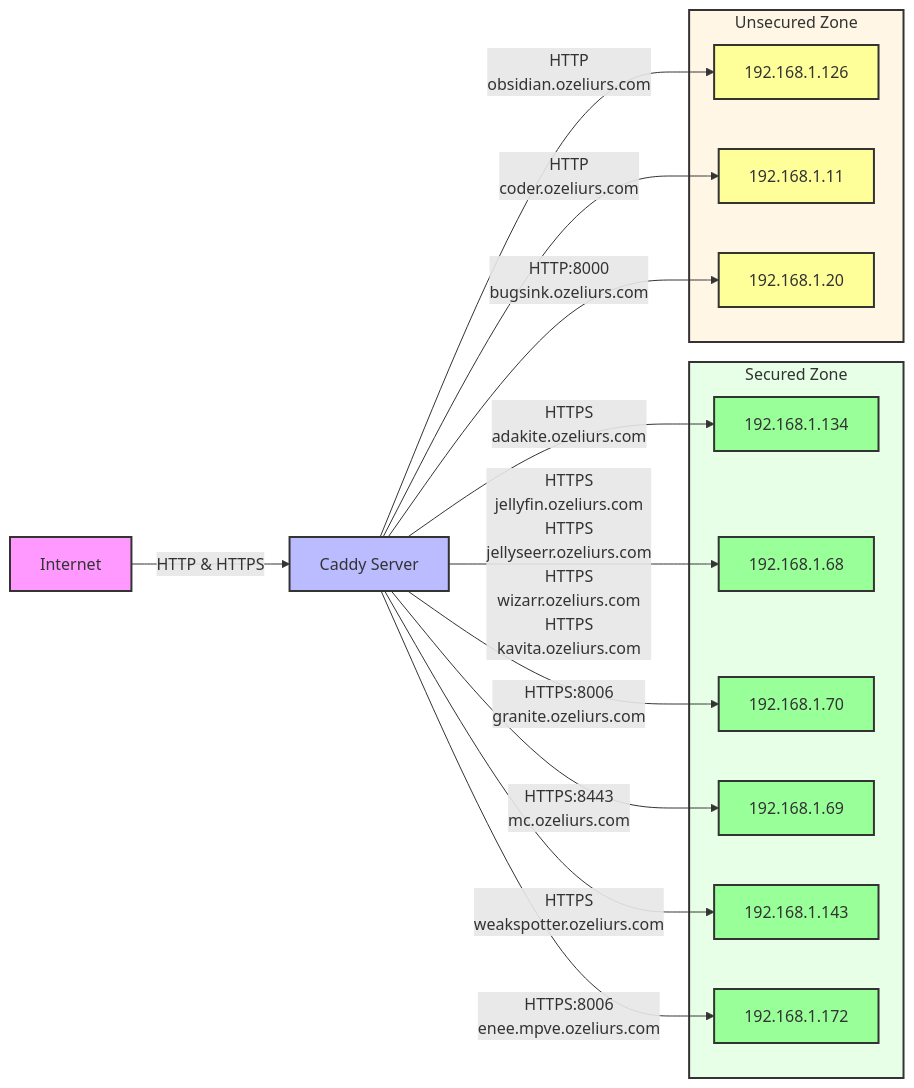
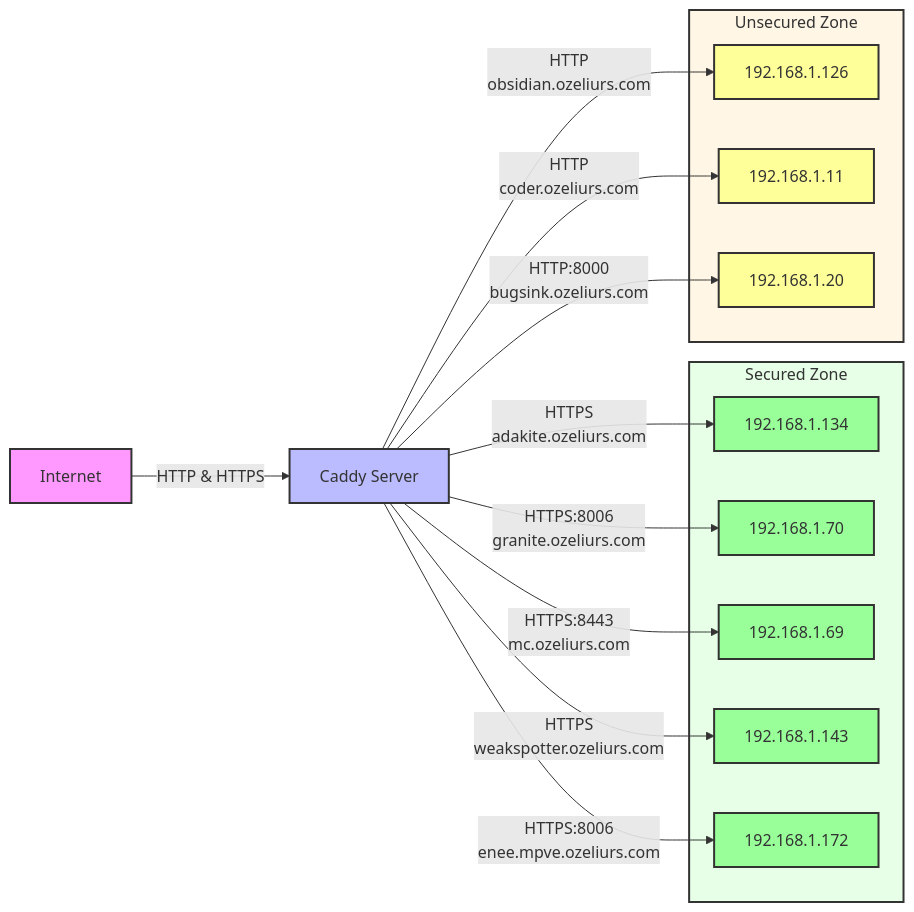
The diagram in README.md (ozeliurs/dc-reverse-proxy-config), drawn with Mermaid before and after one commit. The commit also changed 1 other file, not shown here.

Commit message:
Generate and update Caddyfile, Mermaid diagram, and Dockerfile

````diff
--- a/README.md
+++ b/README.md
@@ -34,57 +34,54 @@
 ```mermaid
 graph LR
     %% Style definitions
     classDef internet fill:#f9f,stroke:#333,stroke-width:2px;
     classDef proxy fill:#bbf,stroke:#333,stroke-width:2px;
     classDef backend fill:#bfb,stroke:#333,stroke-width:2px;
     classDef secure fill:#9f9,stroke:#333,stroke-width:2px;
     classDef unsecure fill:#ff9,stroke:#333,stroke-width:2px;
 
     %% Nodes
     I[Internet]
     C[Caddy Server]
 
     %% Apply styles
     class I internet
     class C proxy
 
     %% Base connections
     I -->|HTTP & HTTPS| C
 
     %% Backend groups
     subgraph Secured[Secured Zone]
         style Secured fill:#e6ffe6,stroke:#333,stroke-width:2px
         S0[192.168.1.134]
         class S0 secure
-        S1[192.168.1.68]
+        S1[192.168.1.70]
         class S1 secure
-        S2[192.168.1.70]
+        S2[192.168.1.69]
         class S2 secure
-        S3[192.168.1.69]
+        S3[192.168.1.143]
         class S3 secure
-        S4[192.168.1.143]
+        S4[192.168.1.172]
         class S4 secure
-        S5[192.168.1.172]
-        class S5 secure
     end
 
     subgraph Unsecured[Unsecured Zone]
         style Unsecured fill:#fff6e6,stroke:#333,stroke-width:2px
         U0[192.168.1.126]
         class U0 unsecure
         U1[192.168.1.11]
         class U1 unsecure
         U2[192.168.1.20]
         class U2 unsecure
     end
 
     C -->|HTTPS<br>adakite.ozeliurs.com| S0
-    C -->|HTTPS<br>jellyfin.ozeliurs.com<br>HTTPS<br>jellyseerr.ozeliurs.com<br>HTTPS<br>wizarr.ozeliurs.com<br>HTTPS<br>kavita.ozeliurs.com| S1
-    C -->|HTTPS:8006<br>granite.ozeliurs.com| S2
-    C -->|HTTPS:8443<br>mc.ozeliurs.com| S3
+    C -->|HTTPS:8006<br>granite.ozeliurs.com| S1
+    C -->|HTTPS:8443<br>mc.ozeliurs.com| S2
     C -->|HTTP<br>obsidian.ozeliurs.com| U0
-    C -->|HTTPS<br>weakspotter.ozeliurs.com| S4
-    C -->|HTTPS:8006<br>enee.mpve.ozeliurs.com| S5
+    C -->|HTTPS<br>weakspotter.ozeliurs.com| S3
+    C -->|HTTPS:8006<br>enee.mpve.ozeliurs.com| S4
     C -->|HTTP<br>coder.ozeliurs.com| U1
     C -->|HTTP:8000<br>bugsink.ozeliurs.com| U2
 ```
````
